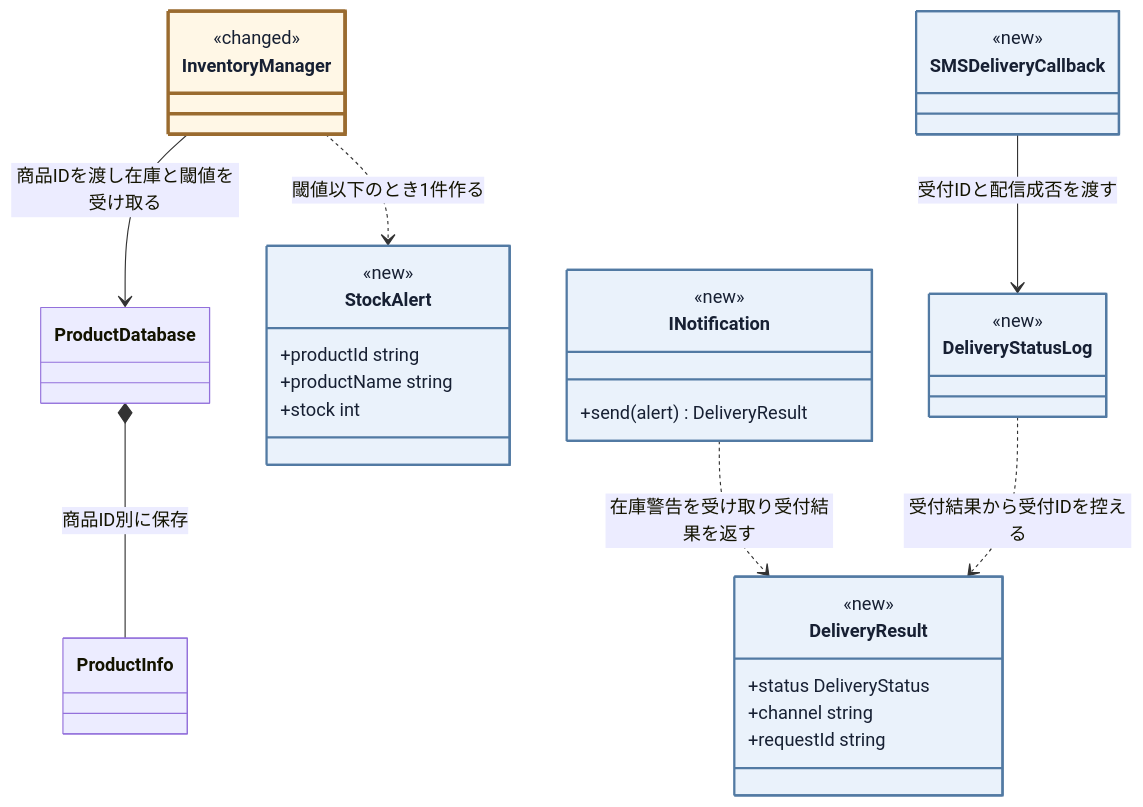
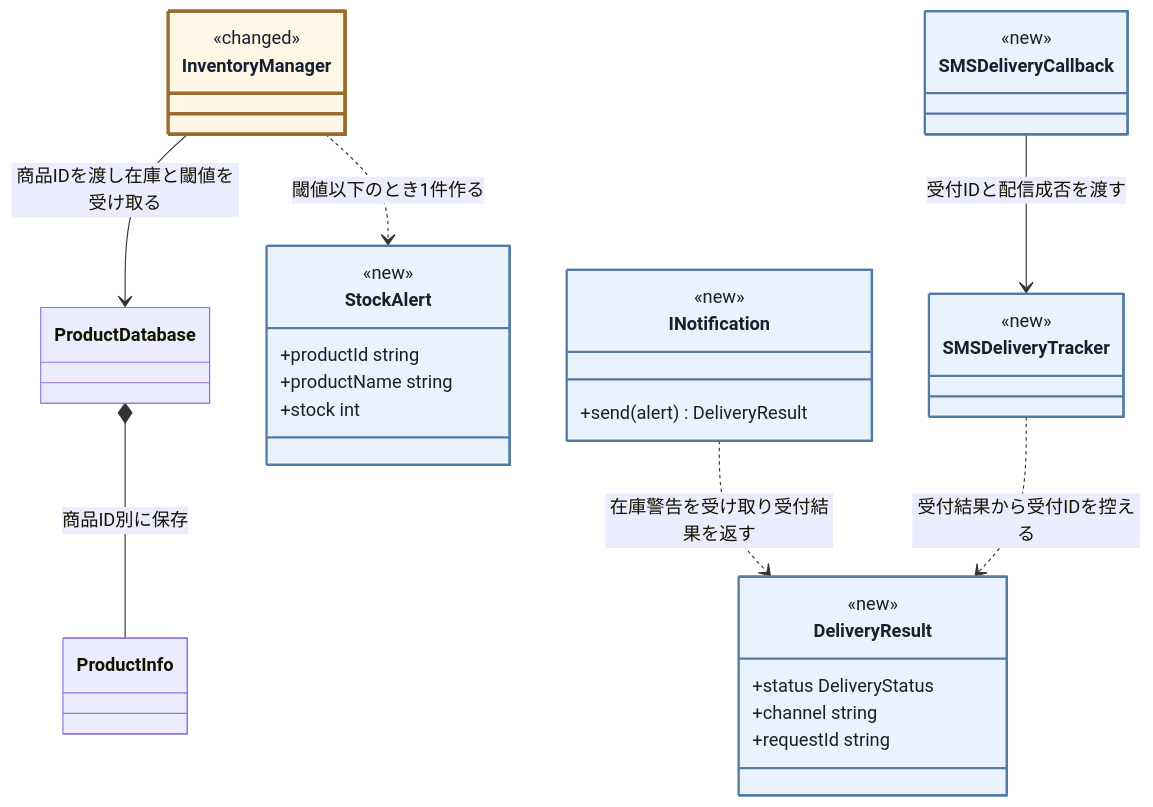
Before and after one commit to kumachan1101-pixel/DesignPattern: diagram 15 of 20 in kindle/design-patterns/books/volume01-core-patterns/output/05-chapter03.md, drawn with Mermaid. The commit also changed other lines of this file and 19 other files, not shown here.

````diff
--- a/kindle/design-patterns/books/volume01-core-patterns/output/05-chapter03.md
+++ b/kindle/design-patterns/books/volume01-core-patterns/output/05-chapter03.md
@@ -2028,41 +2026,41 @@
 ```mermaid
 classDiagram
     direction TB
     class InventoryManager:::touched {
         <<changed>>
     }
     class ProductDatabase
     class ProductInfo
     class StockAlert:::added {
         <<new>>
         +productId string
         +productName string
         +stock int
     }
     class INotification:::added {
         <<new>>
         <<interface>>
         +send(alert) DeliveryResult
     }
     class DeliveryResult:::added {
         <<new>>
         +status DeliveryStatus
         +channel string
         +requestId string
     }
-    class DeliveryStatusLog:::added {
+    class SMSDeliveryTracker:::added {
         <<new>>
     }
     class SMSDeliveryCallback:::added {
         <<new>>
     }
     InventoryManager --> ProductDatabase : 商品IDを渡し在庫と閾値を受け取る
     ProductDatabase *-- ProductInfo : 商品ID別に保存
     InventoryManager ..> StockAlert : 閾値以下のとき1件作る
     INotification ..> DeliveryResult : 在庫警告を受け取り受付結果を返す
-    DeliveryStatusLog ..> DeliveryResult : 受付結果から受付IDを控える
-    SMSDeliveryCallback --> DeliveryStatusLog : 受付IDと配信成否を渡す
+    SMSDeliveryTracker ..> DeliveryResult : 受付結果から受付IDを控える
+    SMSDeliveryCallback --> SMSDeliveryTracker : 受付IDと配信成否を渡す
 
     classDef added fill:#eaf2fb,stroke:#527aa3,stroke-width:2px,color:#172033;
     classDef touched fill:#fff7e6,stroke:#9a6b2f,stroke-width:3px,color:#172033;
 ```
````
